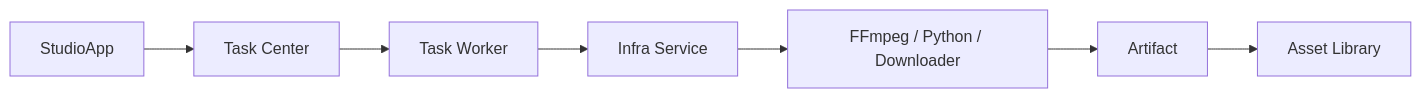
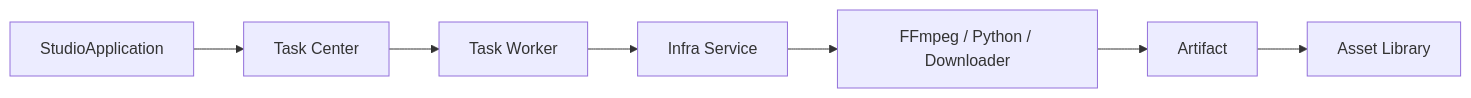
Before and after one commit to wangweihong/omnimam-spec: the ninth of 11 diagrams in 00_product/domains/appstudio/product-spec.md, drawn with Mermaid. The commit also changed other lines of this file and 38 other files, not shown here.

````diff
--- a/00_product/domains/appstudio/product-spec.md
+++ b/00_product/domains/appstudio/product-spec.md
@@ -1593,17 +1638,17 @@
 ```mermaid
 flowchart LR
-    APP[StudioApp]
+    APP[StudioApplication]
     TASK[Task Center]
     WORKER[Task Worker]
     INFRA[Infra Service]
     TOOL[FFmpeg / Python / Downloader]
     ARTIFACT[Artifact]
     ASSET[Asset Library]
 
     APP --> TASK
     TASK --> WORKER
     WORKER --> INFRA
     INFRA --> TOOL
     TOOL --> ARTIFACT
     ARTIFACT --> ASSET
 ```
````
